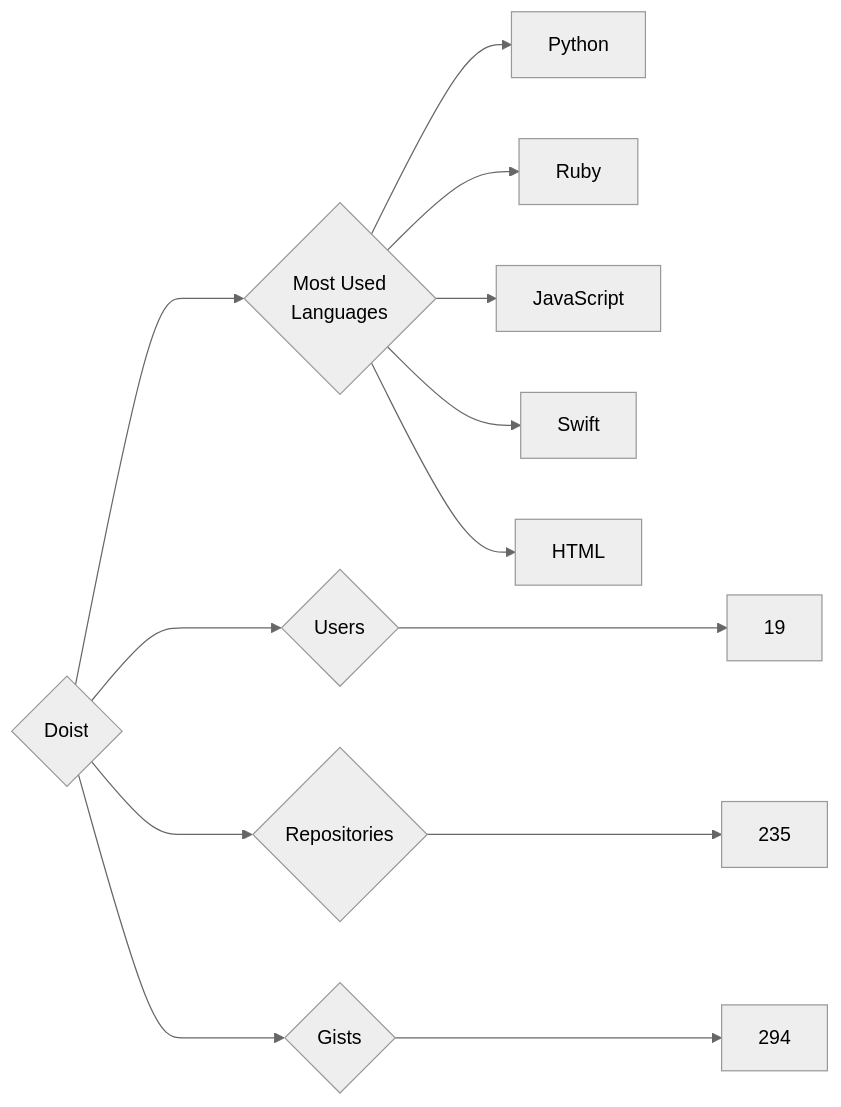
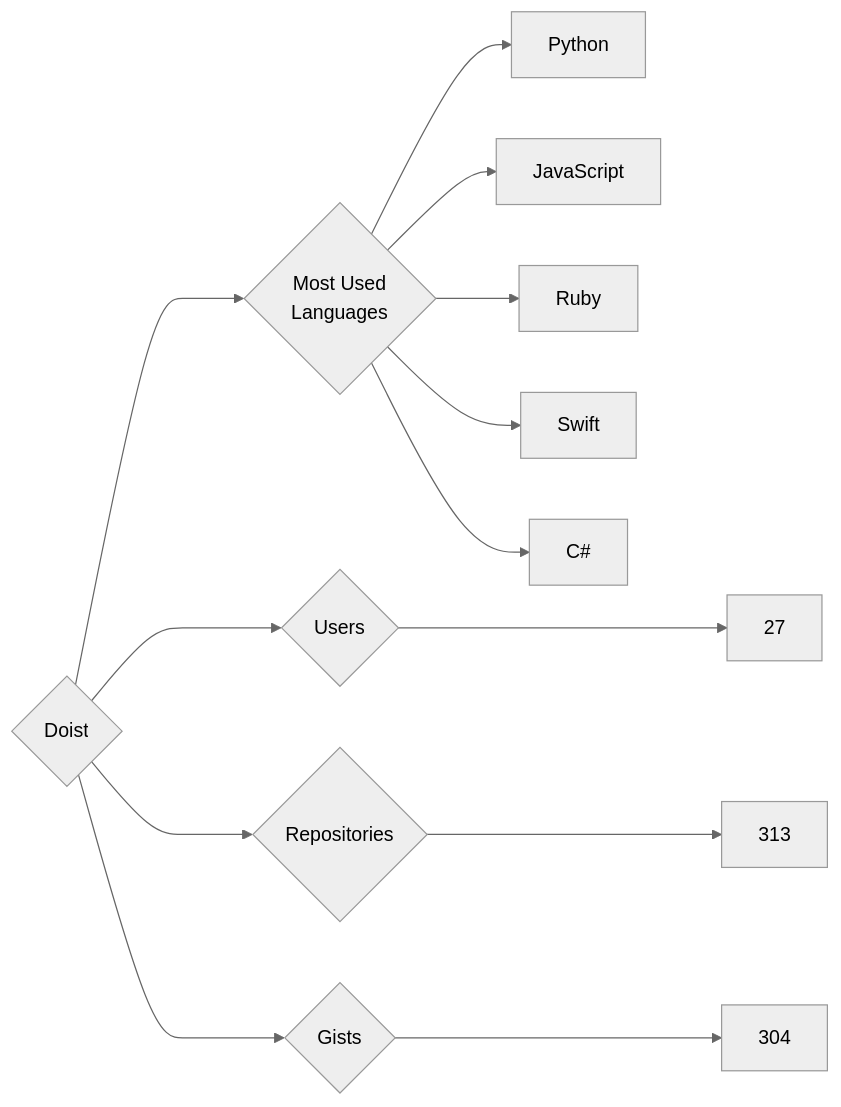
The diagram in targets/Doist/README.md (trickest/insiders), drawn with Mermaid (neutral theme) before and after one commit. The commit also changed 882 other files, not shown here.

````diff
--- a/targets/Doist/README.md
+++ b/targets/Doist/README.md
@@ -3,13 +3,13 @@
 ```mermaid
 graph LR
 COMPANY_NAME{Doist}
-COMPANY_NAME ---> U{Users} ---> UN[19]
-COMPANY_NAME ---> R{Repositories} ---> RN[235]
-COMPANY_NAME ---> G{Gists} ---> GN[294]
+COMPANY_NAME ---> U{Users} ---> UN[27]
+COMPANY_NAME ---> R{Repositories} ---> RN[313]
+COMPANY_NAME ---> G{Gists} ---> GN[304]
 COMPANY_NAME ---> ML{Most Used<br>Languages}
 ML --> Python[Python]
+ML --> JavaScript[JavaScript]
 ML --> Ruby[Ruby]
-ML --> JavaScript[JavaScript]
 ML --> Swift[Swift]
-ML --> HTML[HTML]
+ML --> C#[C#]
 ```
````
